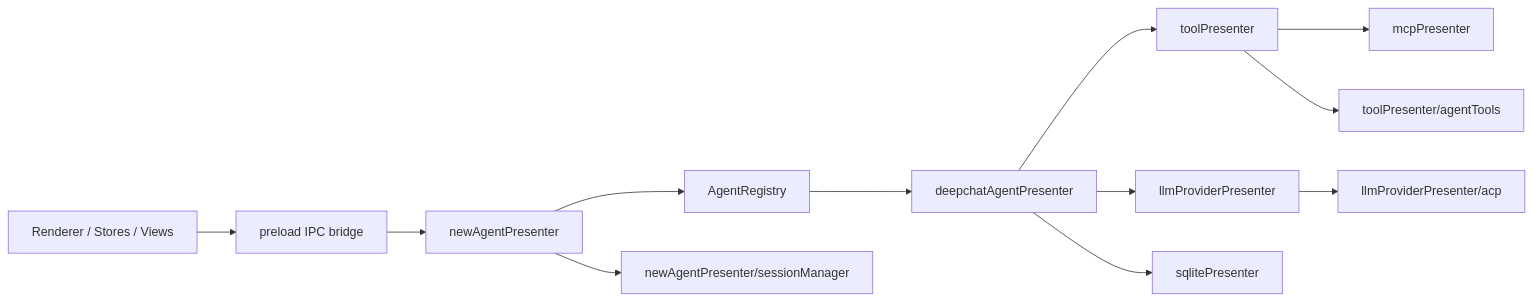
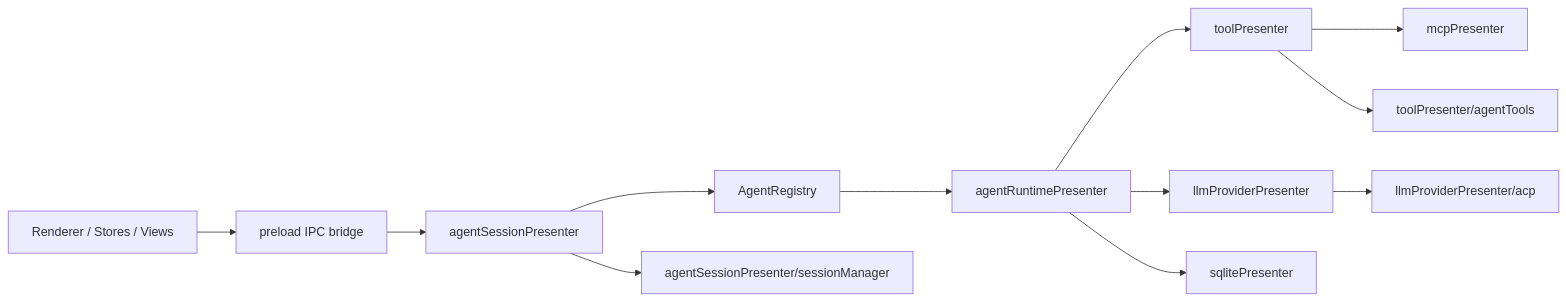
One commit to ThinkInAIXYZ/deepchat changed the diagram in docs/ARCHITECTURE.md. Above: the diagram before and after it, drawn with Mermaid. The commit also changed other lines of this file and 139 other files, not shown here.

Commit message:
refactor(presenter): rename agent presenters

````diff
--- a/docs/ARCHITECTURE.md
+++ b/docs/ARCHITECTURE.md
@@ -7,14 +7,14 @@
 ```mermaid
 flowchart LR
     Renderer["Renderer / Stores / Views"] --> Preload["preload IPC bridge"]
-    Preload --> NewAgent["newAgentPresenter"]
+    Preload --> NewAgent["agentSessionPresenter"]
     NewAgent --> Registry["AgentRegistry"]
-    Registry --> DeepChat["deepchatAgentPresenter"]
+    Registry --> DeepChat["agentRuntimePresenter"]
     DeepChat --> Tool["toolPresenter"]
     DeepChat --> Llm["llmProviderPresenter"]
     Tool --> Mcp["mcpPresenter"]
     Tool --> AgentTools["toolPresenter/agentTools"]
     Llm --> Acp["llmProviderPresenter/acp"]
     DeepChat --> SQLite["sqlitePresenter"]
-    NewAgent --> SessionDb["newAgentPresenter/sessionManager"]
+    NewAgent --> SessionDb["agentSessionPresenter/sessionManager"]
 ```
````
